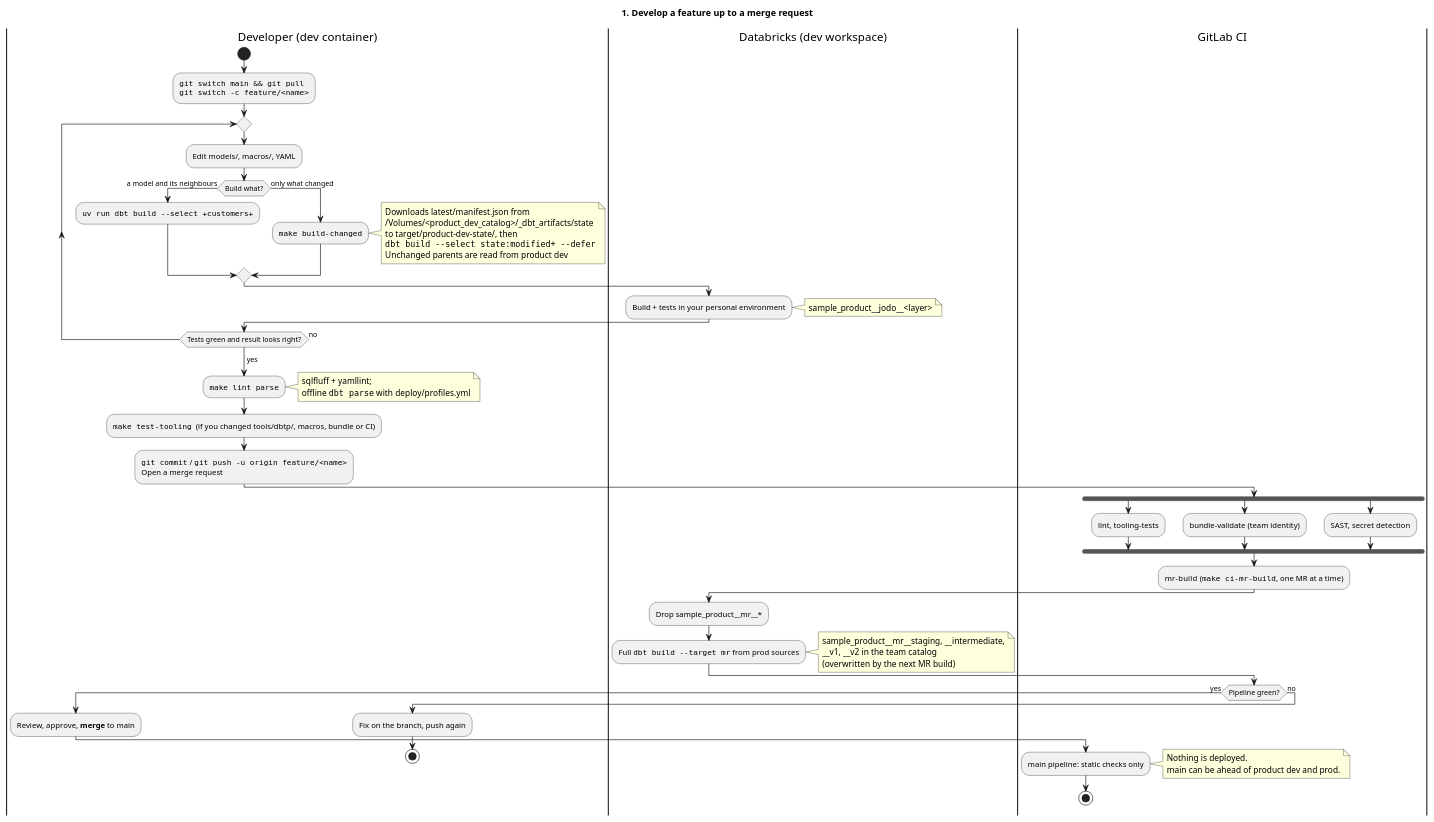
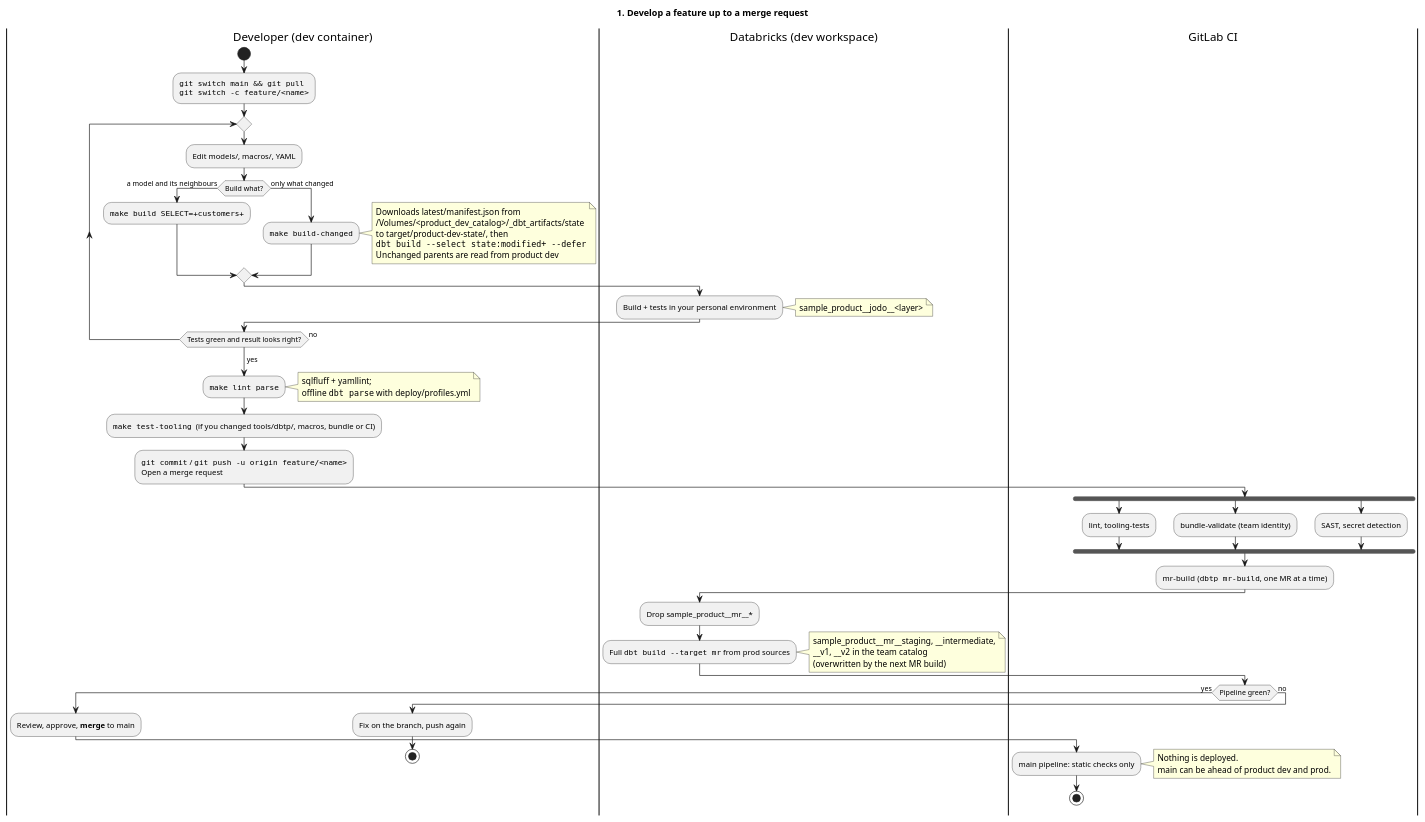
The diagram in docs/diagrams/workflow-1-feature.puml (PeterHenell/dbt-databricks-template), drawn with PlantUML before and after one commit. The commit also changed 23 other files, not shown here.

```diff
--- a/docs/diagrams/workflow-1-feature.puml
+++ b/docs/diagrams/workflow-1-feature.puml
@@ -1,71 +1,71 @@
 @startuml workflow-1-feature
 title 1. Develop a feature up to a merge request
 
 |Developer (dev container)|
 start
 :""git switch main && git pull""
 ""git switch -c feature/<name>"";
 repeat
   :Edit models/, macros/, YAML;
   if (Build what?) then (a model and its neighbours)
-    :""uv run dbt build ~--select +customers+"";
+    :""make build SELECT=+customers+"";
   else (only what changed)
     :""make build-changed"";
     note right
       Downloads latest/manifest.json from
       /Volumes/<product_dev_catalog>/_dbt_artifacts/state
       to target/product-dev-state/, then
       ""dbt build ~--select state:modified+ ~--defer""
       Unchanged parents are read from product dev
     end note
   endif
   |Databricks (dev workspace)|
   :Build + tests in your personal environment;
   note right
     sample_product~__jodo~__<layer>
   end note
   |Developer (dev container)|
 repeat while (Tests green and result looks right?) is (no)
 ->yes;
 :""make lint parse"";
 note right
   sqlfluff + yamllint;
   offline ""dbt parse"" with deploy/profiles.yml
 end note
 :""make test-tooling""  (if you changed tools/dbtp/, macros, bundle or CI);
 :""git commit"" / ""git push -u origin feature/<name>""
 Open a merge request;
 |GitLab CI|
 fork
   :lint, tooling-tests;
 fork again
   :bundle-validate (team identity);
 fork again
   :SAST, secret detection;
 end fork
-:mr-build  (""make ci-mr-build"", one MR at a time);
+:mr-build  (""dbtp mr-build"", one MR at a time);
 |Databricks (dev workspace)|
 :Drop sample_product~__mr~__*;
 :Full ""dbt build ~--target mr"" from prod sources;
 note right
   sample_product~__mr~__staging, ~__intermediate,
   ~__v1, ~__v2 in the team catalog
   (overwritten by the next MR build)
 end note
 |GitLab CI|
 if (Pipeline green?) then (yes)
   |Developer (dev container)|
   :Review, approve, **merge** to main;
   |GitLab CI|
   :main pipeline: static checks only;
   note right
     Nothing is deployed.
     main can be ahead of product dev and prod.
   end note
   stop
 else (no)
   |Developer (dev container)|
   :Fix on the branch, push again;
   stop
 endif
 @enduml
```
